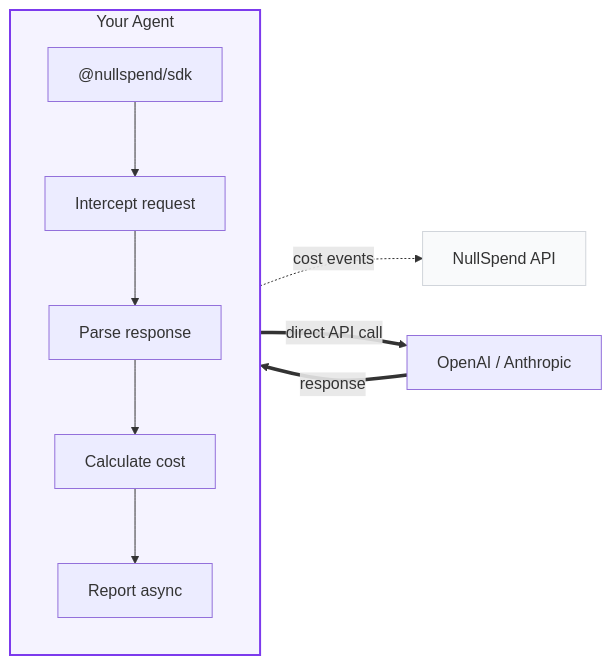
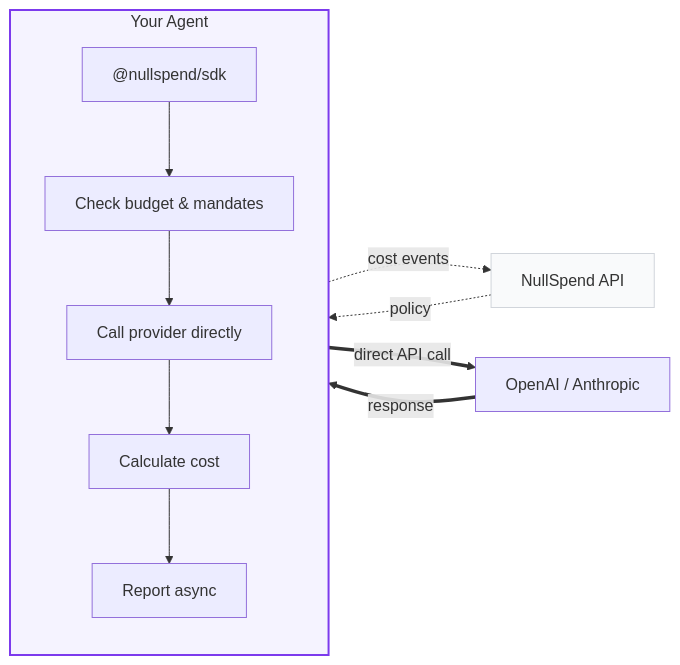
The second of 2 diagrams in open-source/README.md (cjones6489/nullspend), drawn with Mermaid before and after one commit. The commit also changed other lines of this file, not shown here.

Commit message:
docs: SDK diagram shows client-side budget enforcement

````diff
--- a/open-source/README.md
+++ b/open-source/README.md
@@ -139,17 +139,18 @@
 ```mermaid
 flowchart LR
     subgraph A["Your Agent"]
         direction TB
-        S["@nullspend/sdk"] --> S1["Intercept request"]
-        S1 --> S2["Parse response"]
+        S["@nullspend/sdk"] --> S1["Check budget & mandates"]
+        S1 --> S2["Call provider directly"]
         S2 --> S3["Calculate cost"]
         S3 --> S4["Report async"]
     end
 
     A ==>|"direct API call"| C["OpenAI / Anthropic"]
     C ==>|response| A
     S4 -.->|"cost events"| D["NullSpend API"]
+    D -.->|"policy"| S
 
     style A fill:#f5f3ff,stroke:#7c3aed,stroke-width:2px
     style D fill:#f9fafb,stroke:#d1d5db
 ```
````
